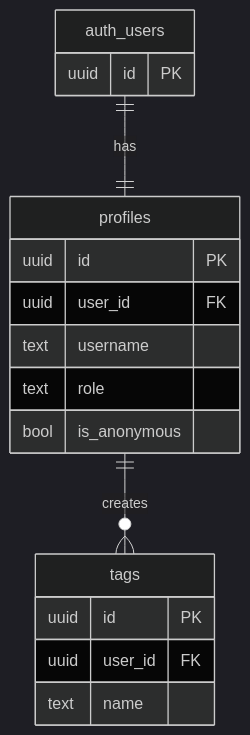
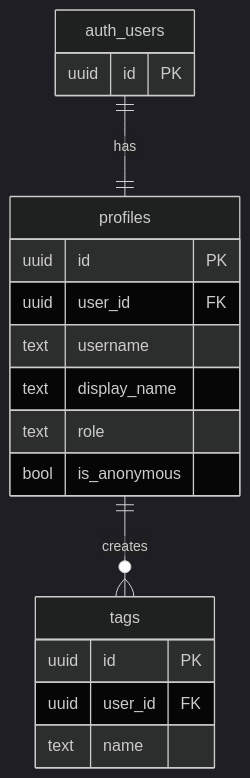
One commit to GuyWithBag/boo_mondai changed the first of 6 diagrams in supabase/context/schema_diagram.md. Above: the diagram before and after it, drawn with Mermaid (dark theme). The commit also changed 4 other files, not shown here.

Commit message:
chore(storage): regenerate adapters and schema artifacts

````diff
--- a/supabase/context/schema_diagram.md
+++ b/supabase/context/schema_diagram.md
@@ -9,24 +9,25 @@
 ```mermaid
 erDiagram
     auth_users {
         uuid id PK
     }
     
     profiles {
         uuid id PK
         uuid user_id FK
         text username
+        text display_name
         text role
         bool is_anonymous
     }
     
     tags {
         uuid id PK
         uuid user_id FK
         text name
     }
 
     auth_users ||--|| profiles : "has"
     profiles ||--o{ tags : "creates"
 
 ```
````
